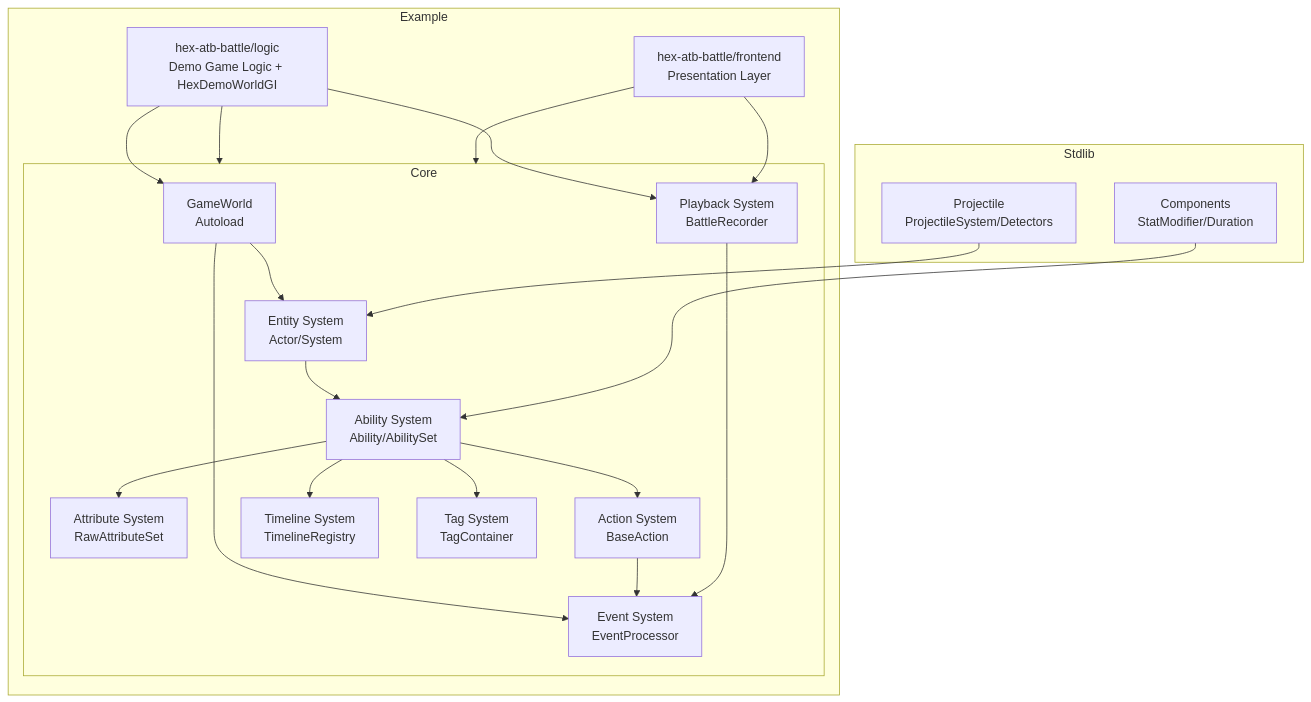
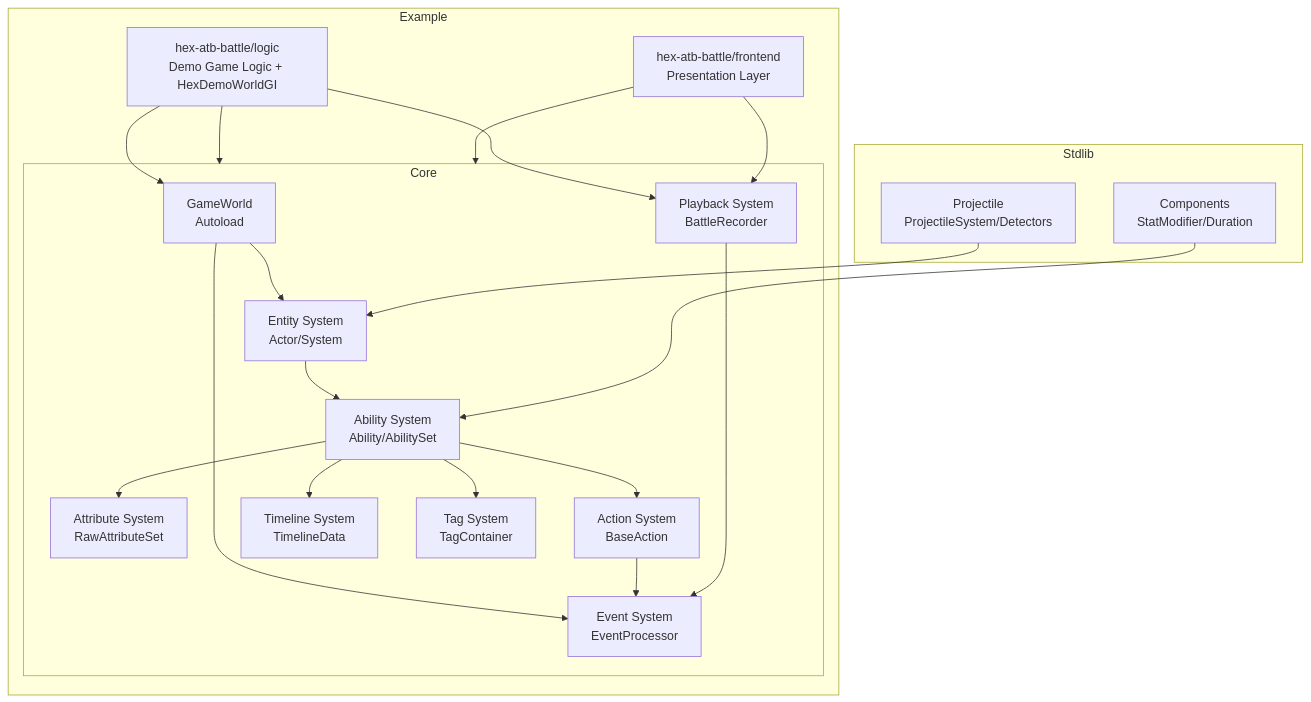
The diagram in logic-game-framework/AGENTS.md (15195999826/godot-addons), drawn with Mermaid before and after one commit. The commit also changed 61 other files, not shown here.

````diff
--- a/logic-game-framework/AGENTS.md
+++ b/logic-game-framework/AGENTS.md
@@ -11,42 +11,42 @@
 ```mermaid
 graph TB
     subgraph "Core"
         World[GameWorld<br/>Autoload]
         Entity[Entity System<br/>Actor/System]
         Attributes[Attribute System<br/>RawAttributeSet]
         Abilities[Ability System<br/>Ability/AbilitySet]
         Events[Event System<br/>EventProcessor]
         Actions[Action System<br/>BaseAction]
-        Timeline[Timeline System<br/>TimelineRegistry]
+        Timeline[Timeline System<br/>TimelineData]
         Tags[Tag System<br/>TagContainer]
         Playback[Playback System<br/>BattleRecorder]
     end
 
     subgraph "Stdlib"
         Components[Components<br/>StatModifier/Duration]
         Projectile[Projectile<br/>ProjectileSystem/Detectors]
     end
 
     subgraph "Example"
         Core[hex-atb-battle/core<br/>Shared Events + WorldGI base]
         HexDemo[hex-atb-battle/logic<br/>Demo Game Logic + HexDemoWorldGI]
         Frontend[hex-atb-battle/frontend<br/>Presentation Layer]
     end
 
     World --> Entity
     World --> Events
     Entity --> Abilities
     Abilities --> Attributes
     Abilities --> Tags
     Abilities --> Actions
     Abilities --> Timeline
     Actions --> Events
     Components --> Abilities
     Projectile --> Entity
     Playback --> Events
     HexDemo --> World
     HexDemo --> Core
     HexDemo --> Playback
     Frontend --> Core
     Frontend --> Playback
 ```
````
